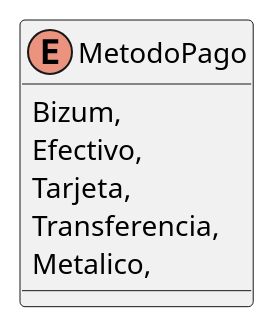
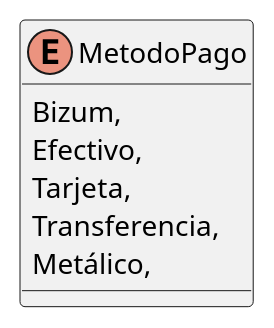
Before and after one commit to ISII26-27RJD/ISII2627-RDJ: the diagram in src/AppForSEII.API/ClassDiagram/MetodoPago.puml, drawn with PlantUML. The commit also changed 16 other files, not shown here.

```diff
--- a/src/AppForSEII.API/ClassDiagram/MetodoPago.puml
+++ b/src/AppForSEII.API/ClassDiagram/MetodoPago.puml
@@ -1,9 +1,9 @@
 @startuml
 enum MetodoPago {
     Bizum,
     Efectivo,
     Tarjeta,
     Transferencia,
-    Metalico,
+    Metálico,
 }
 @enduml
```
